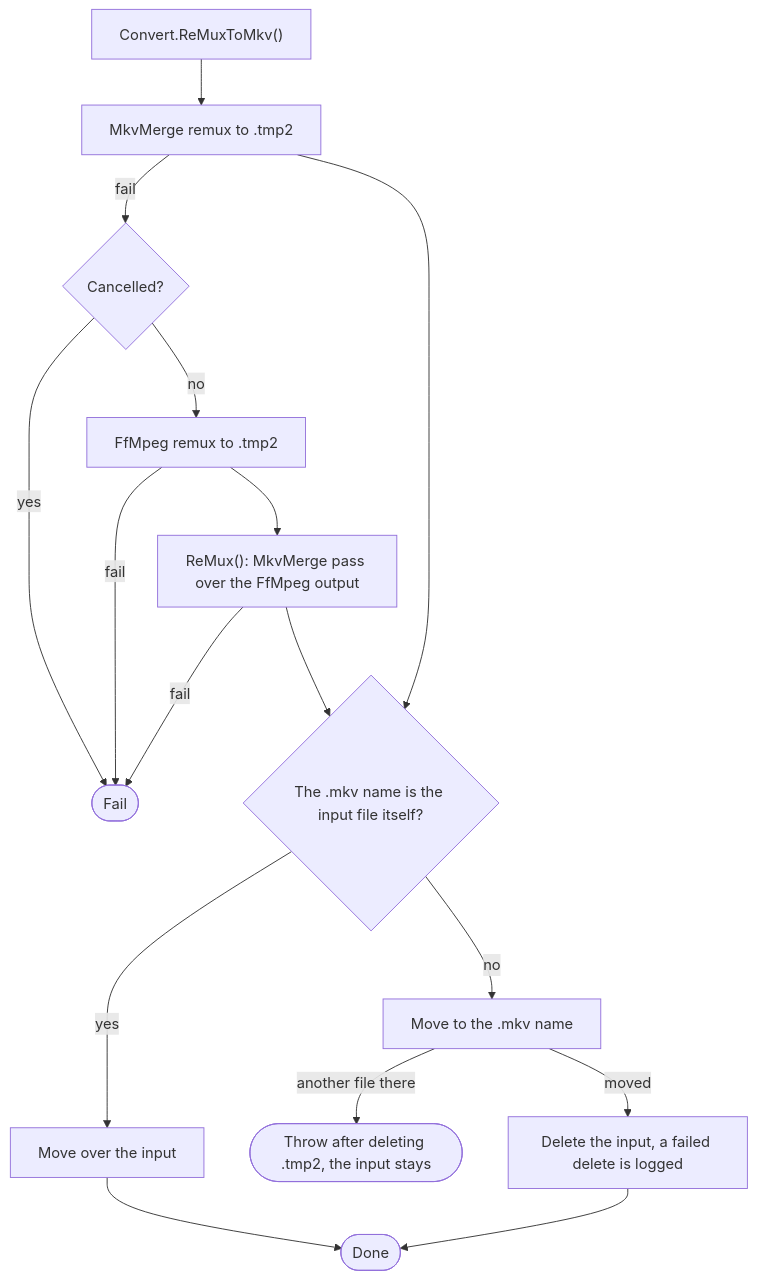
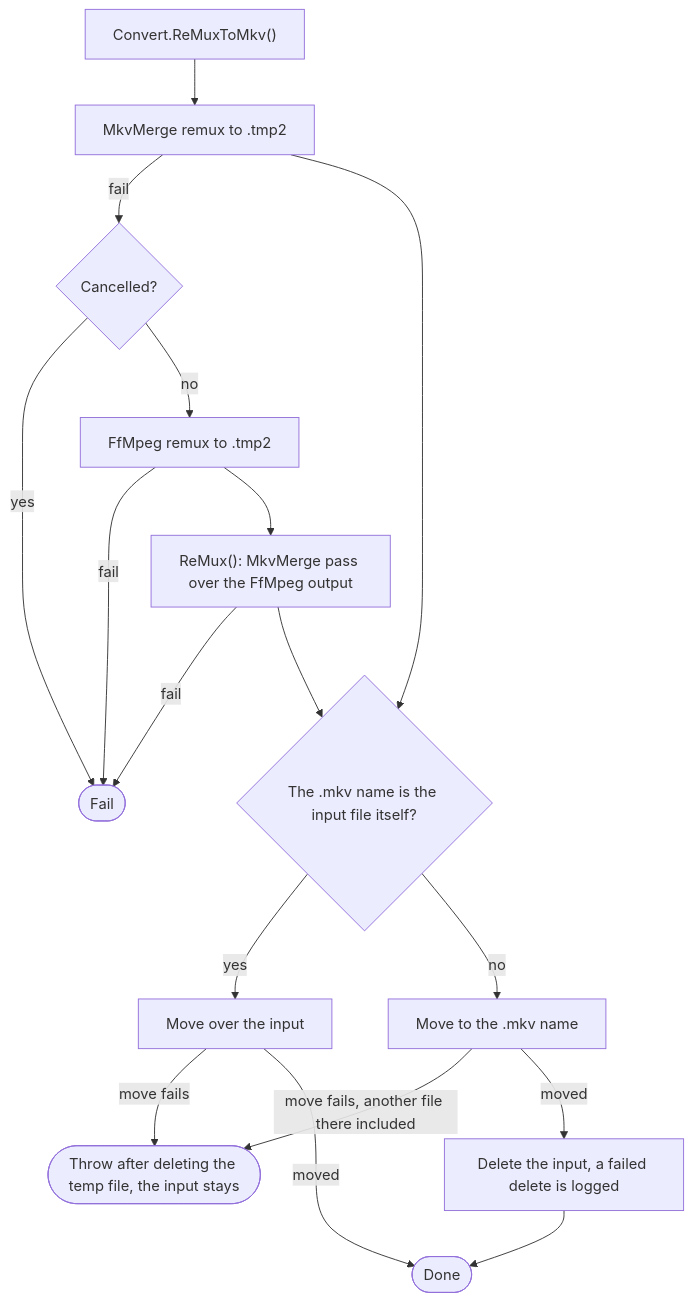
One commit to ptr727/PlexCleaner changed the fifth of 19 diagrams in ARCHITECTURE.md. Above: the diagram before and after it, drawn with Mermaid.

Commit message:
Draw the In-Place Remux Move Failure in ARCHITECTURE.md

````diff
--- a/ARCHITECTURE.md
+++ b/ARCHITECTURE.md
@@ -430,18 +430,19 @@
 ```mermaid
 flowchart TD
   X0["Convert.ReMuxToMkv()"] --> X1["MkvMerge remux to .tmp2"]
   X1 -->|fail| X2{"Cancelled?"}
   X2 -->|yes| XF(["Fail"])
   X2 -->|no| X3["FfMpeg remux to .tmp2"]
   X3 -->|fail| XF
   X3 --> X4["ReMux(): MkvMerge pass over the FfMpeg output"]
   X4 -->|fail| XF
   X1 --> X5{"The .mkv name is the input file itself?"}
   X4 --> X5
   X5 -->|yes| X6["Move over the input"]
   X5 -->|no| X7["Move to the .mkv name"]
-  X7 -->|"another file there"| XT(["Throw after deleting .tmp2, the input stays"])
+  X6 -->|"move fails"| XT(["Throw after deleting the temp file, the input stays"])
+  X7 -->|"move fails, another file there included"| XT
   X7 -->|moved| X8["Delete the input, a failed delete is logged"]
-  X6 --> XOK(["Done"])
+  X6 -->|moved| XOK(["Done"])
   X8 --> XOK
 ```
````
